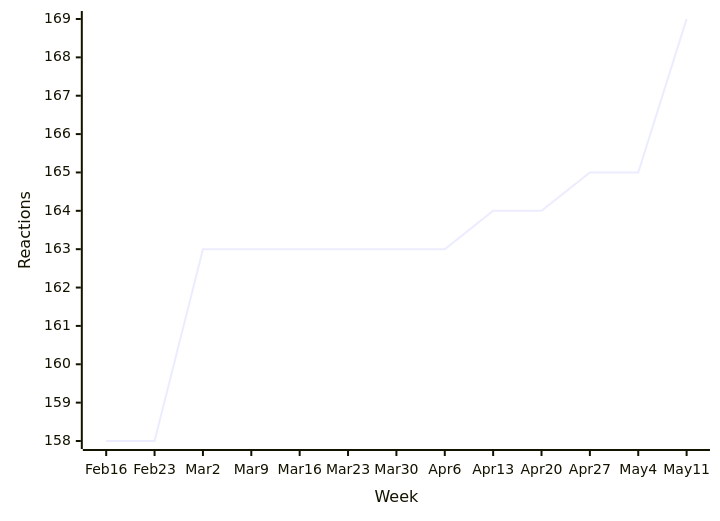
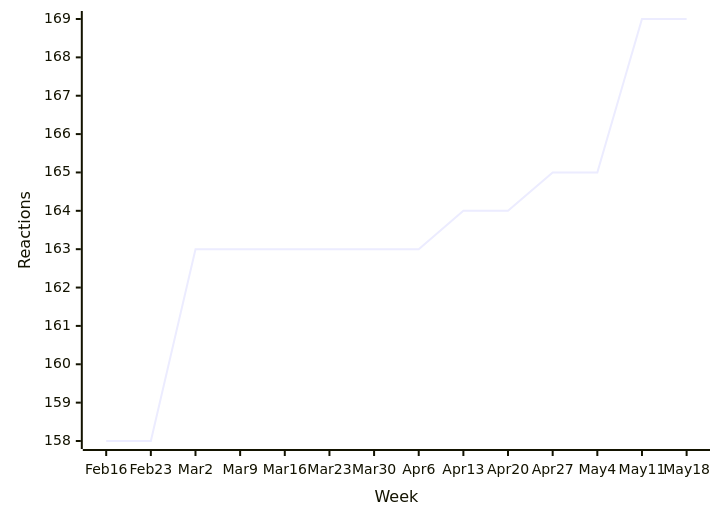
Before and after one commit to loic-sharma/github-insights: diagram 14 of 49 in README.md, drawn with Mermaid. The commit also changed other lines of this file and 3 other files, not shown here.

````diff
--- a/README.md
+++ b/README.md
@@ -577,6 +560,6 @@
   ```mermaid
   xychart-beta
-    x-axis "Week" [Feb 16, Feb 23, Mar 2, Mar 9, Mar 16, Mar 23, Mar 30, Apr 6, Apr 13, Apr 20, Apr 27, May 4, May 11]
+    x-axis "Week" [Feb 16, Feb 23, Mar 2, Mar 9, Mar 16, Mar 23, Mar 30, Apr 6, Apr 13, Apr 20, Apr 27, May 4, May 11, May 18]
     y-axis "Reactions"
-    line [158, 158, 163, 163, 163, 163, 163, 163, 164, 164, 165, 165, 169]
+    line [158, 158, 163, 163, 163, 163, 163, 163, 164, 164, 165, 165, 169, 169]
   ```
````
